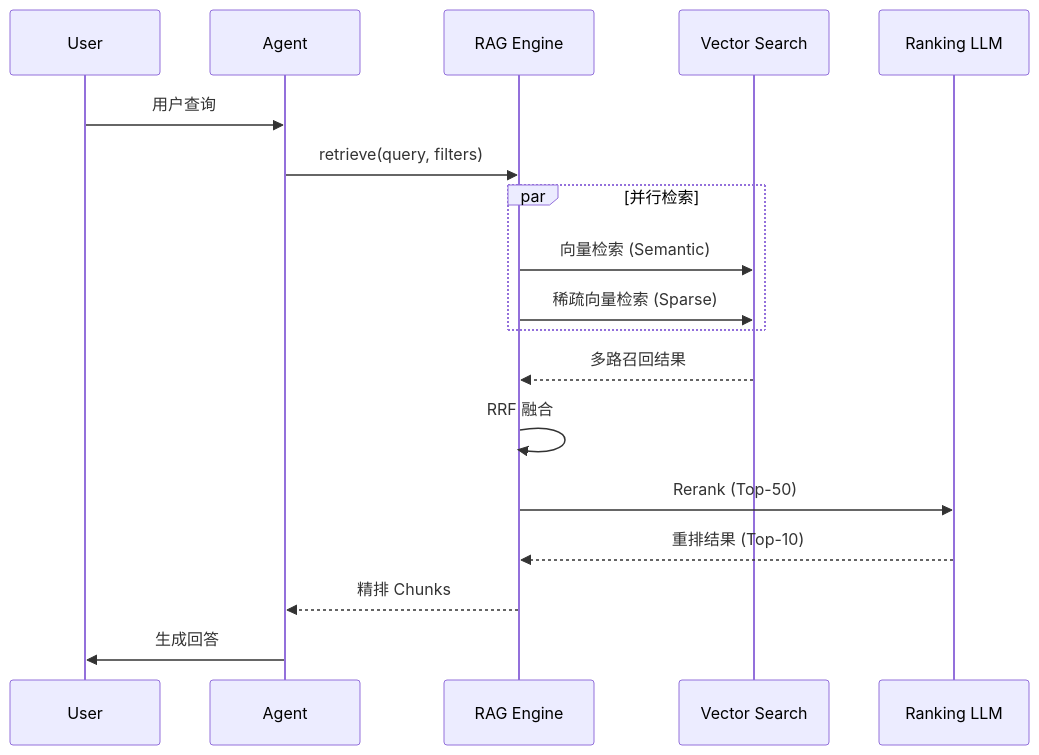
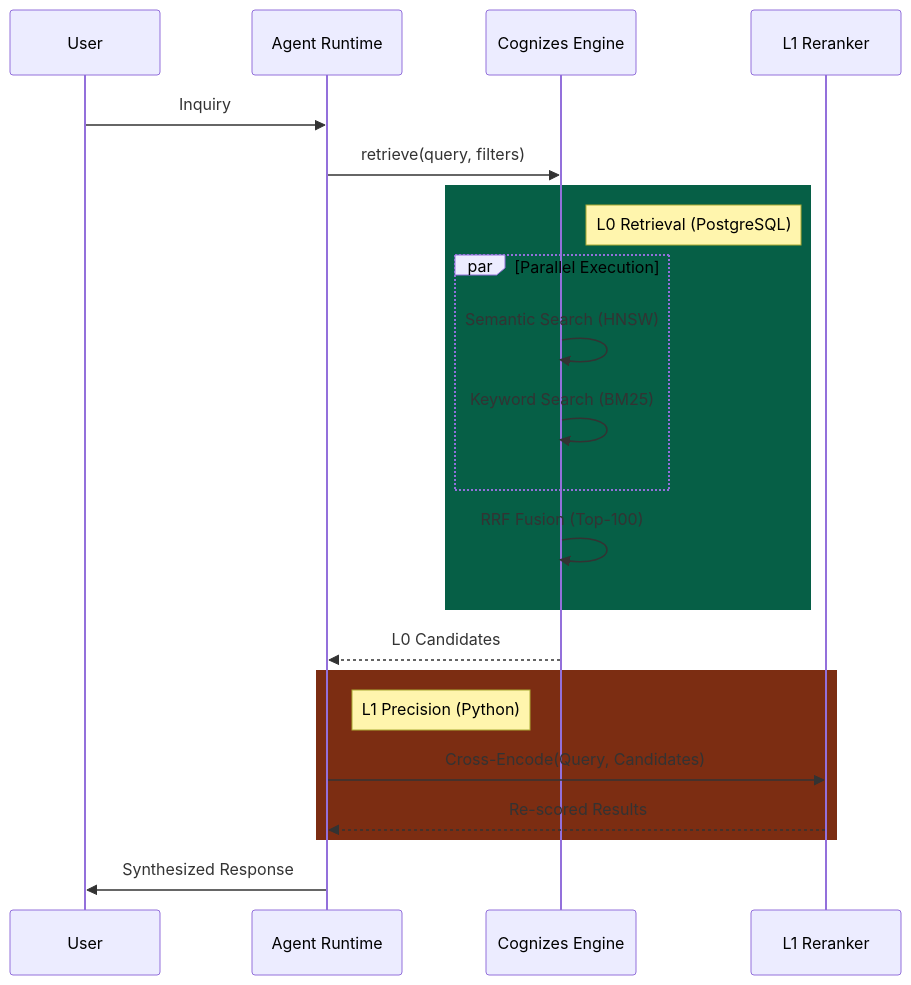
Before and after one commit to ThreeFish-AI/agentic-ai-cognizes: the third of 11 diagrams in docs/engine/030-the-perception.md, drawn with Mermaid. The commit also changed other lines of this file, not shown here.

First line of the commit message:
docs(perception): 新增执行导图与对标分析章节;

````diff
--- a/docs/engine/030-the-perception.md
+++ b/docs/engine/030-the-perception.md
@@ -153,23 +190,29 @@
 ```mermaid
 sequenceDiagram
     participant User
-    participant Agent
-    participant RAG as RAG Engine
-    participant VS as Vector Search
-    participant LLM as Ranking LLM
+    participant Runtime as Agent Runtime
+    participant Engine as Cognizes Engine
+    participant Rerank as L1 Reranker
 
-    User->>Agent: 用户查询
-    Agent->>RAG: retrieve(query, filters)
+    User->>Runtime: Inquiry
+    Runtime->>Engine: retrieve(query, filters)
 
-    par 并行检索
-        RAG->>VS: 向量检索 (Semantic)
-        RAG->>VS: 稀疏向量检索 (Sparse)
+    rect rgb(6, 95, 70)
+        note right of Engine: L0 Retrieval (PostgreSQL)
+        par Parallel Execution
+            Engine->>Engine: Semantic Search (HNSW)
+            Engine->>Engine: Keyword Search (BM25)
+        end
+        Engine->>Engine: RRF Fusion (Top-100)
     end
 
-    VS-->>RAG: 多路召回结果
-    RAG->>RAG: RRF 融合
-    RAG->>LLM: Rerank (Top-50)
-    LLM-->>RAG: 重排结果 (Top-10)
-    RAG-->>Agent: 精排 Chunks
-    Agent->>User: 生成回答
+    Engine-->>Runtime: L0 Candidates
+
+    rect rgb(124, 45, 18)
+        note right of Runtime: L1 Precision (Python)
+        Runtime->>Rerank: Cross-Encode(Query, Candidates)
+        Rerank-->>Runtime: Re-scored Results
+    end
+
+    Runtime->>User: Synthesized Response
 ```
````
